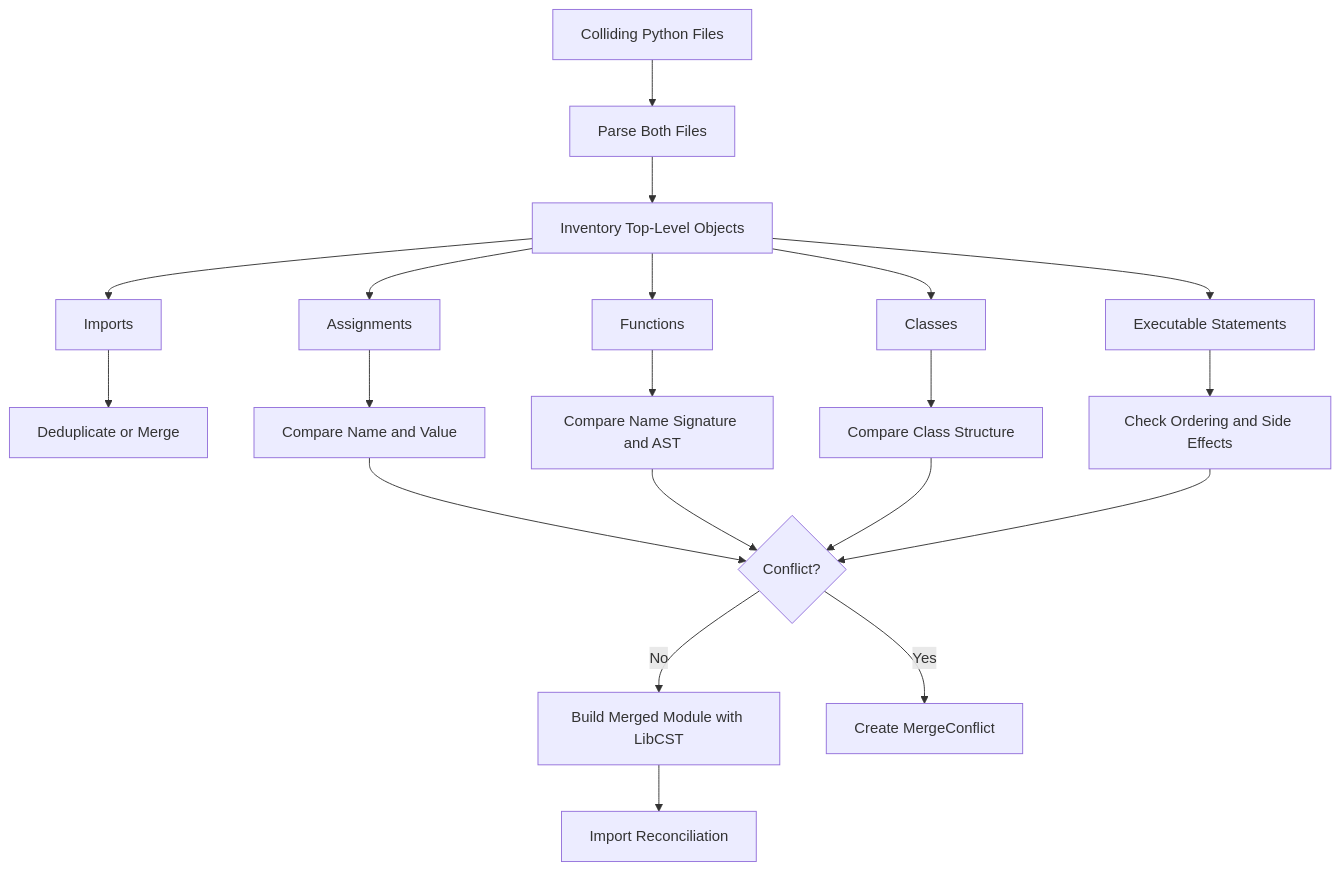
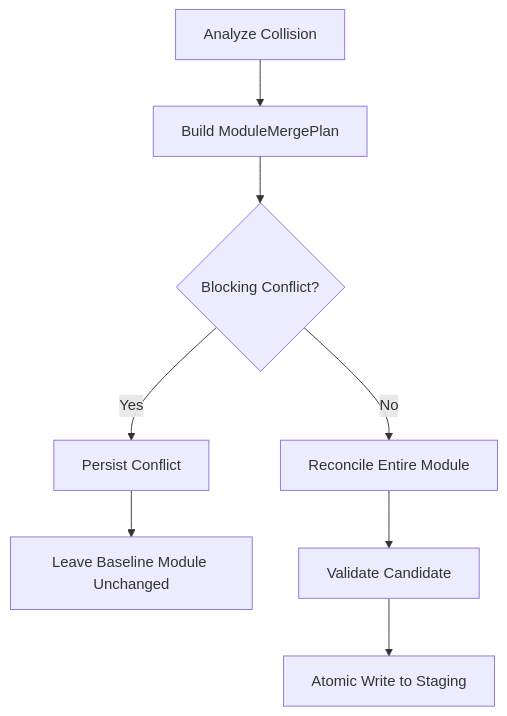
The third of 5 diagrams in AGENTS.md (rmackinnon/bightsplice), drawn with Mermaid before and after one commit. The commit also changed other lines of this file and 5 other files, not shown here.

````diff
--- a/AGENTS.md
+++ b/AGENTS.md
@@ -366,27 +163,12 @@
 ```mermaid
 flowchart TD
-    A[Colliding Python Files] --> B[Parse Both Files]
-    B --> C[Inventory Top-Level Objects]
+    A[Analyze Collision] --> B[Build ModuleMergePlan]
+    B --> C{Blocking Conflict?}
 
-    C --> D[Imports]
-    C --> E[Assignments]
-    C --> F[Functions]
-    C --> G[Classes]
-    C --> H[Executable Statements]
+    C -->|Yes| D[Persist Conflict]
+    D --> E[Leave Baseline Module Unchanged]
 
-    D --> I[Deduplicate or Merge]
-    E --> J[Compare Name and Value]
-    F --> K[Compare Name Signature and AST]
-    G --> L[Compare Class Structure]
-    H --> M[Check Ordering and Side Effects]
-
-    J --> N{Conflict?}
-    K --> N
-    L --> N
-    M --> N
-
-    N -->|No| O[Build Merged Module with LibCST]
-    N -->|Yes| P[Create MergeConflict]
-
-    O --> Q[Import Reconciliation]
+    C -->|No| F[Reconcile Entire Module]
+    F --> G[Validate Candidate]
+    G --> H[Atomic Write to Staging]
 ```
````
